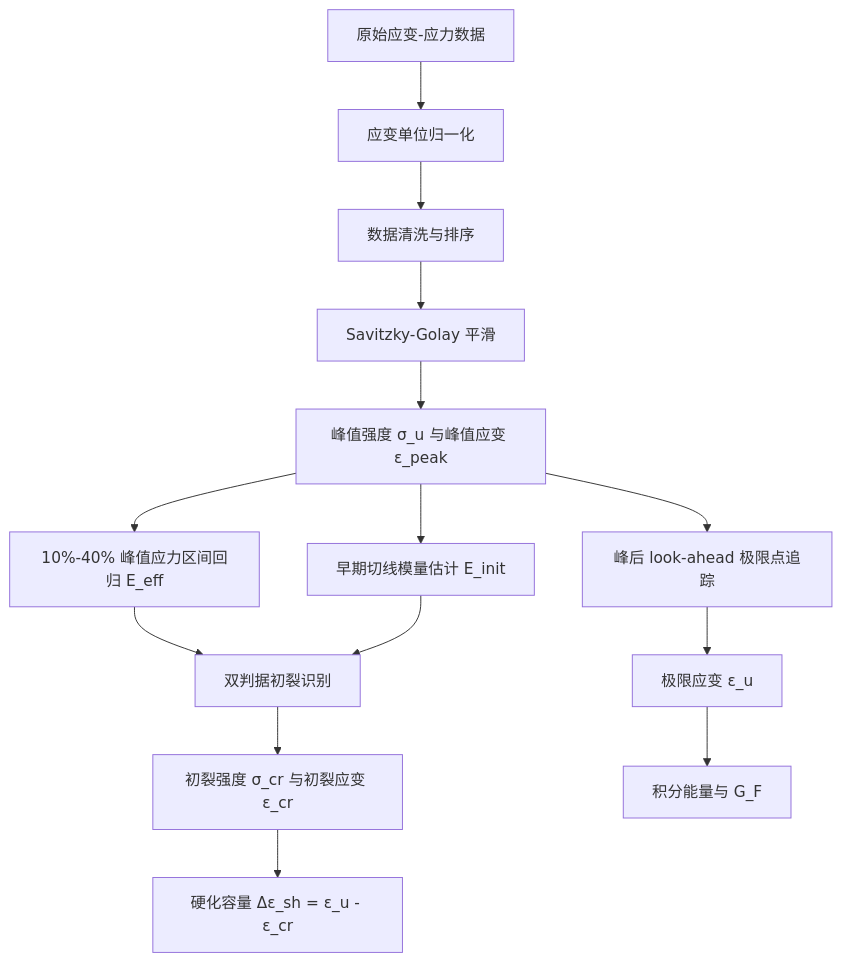
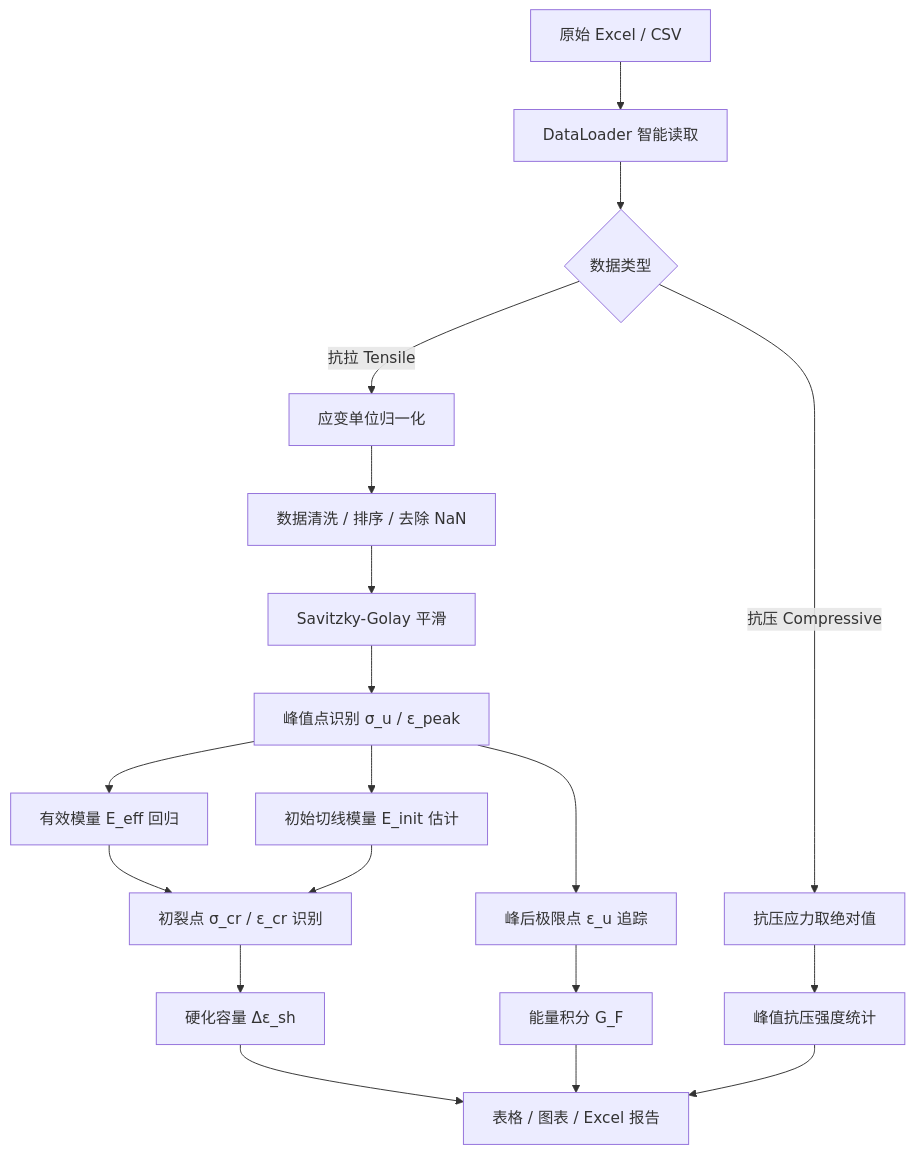
One commit to liqinglq666/ECC_Analyzer_Pro changed the first of 4 diagrams in README.md. Above: the diagram before and after it, drawn with Mermaid. The commit also changed other lines of this file, not shown here.

Commit message:
docs: enrich README with formulas and mermaid workflows

````diff
--- a/README.md
+++ b/README.md
@@ -147,16 +149,21 @@
 ```mermaid
-graph TD
-    A[原始应变-应力数据] --> B[应变单位归一化]
-    B --> C[数据清洗与排序]
-    C --> D[Savitzky-Golay 平滑]
-    D --> E[峰值强度 σ_u 与峰值应变 ε_peak]
-    E --> F[10%-40% 峰值应力区间回归 E_eff]
-    E --> G[早期切线模量估计 E_init]
-    F --> H[双判据初裂识别]
-    G --> H
-    H --> I[初裂强度 σ_cr 与初裂应变 ε_cr]
-    E --> J[峰后 look-ahead 极限点追踪]
-    J --> K[极限应变 ε_u]
-    I --> L[硬化容量 Δε_sh = ε_u - ε_cr]
-    K --> M[积分能量与 G_F]
+flowchart TD
+    A["原始 Excel / CSV"] --> B["DataLoader 智能读取"]
+    B --> C{数据类型}
+    C -->|"抗拉 Tensile"| D["应变单位归一化"]
+    C -->|"抗压 Compressive"| E["抗压应力取绝对值"]
+    D --> F["数据清洗 / 排序 / 去除 NaN"]
+    F --> G["Savitzky-Golay 平滑"]
+    G --> H["峰值点识别 σ_u / ε_peak"]
+    H --> I["有效模量 E_eff 回归"]
+    H --> J["初始切线模量 E_init 估计"]
+    I --> K["初裂点 σ_cr / ε_cr 识别"]
+    J --> K
+    H --> L["峰后极限点 ε_u 追踪"]
+    K --> M["硬化容量 Δε_sh"]
+    L --> N["能量积分 G_F"]
+    M --> O["表格 / 图表 / Excel 报告"]
+    N --> O
+    E --> P["峰值抗压强度统计"]
+    P --> O
 ```
````
